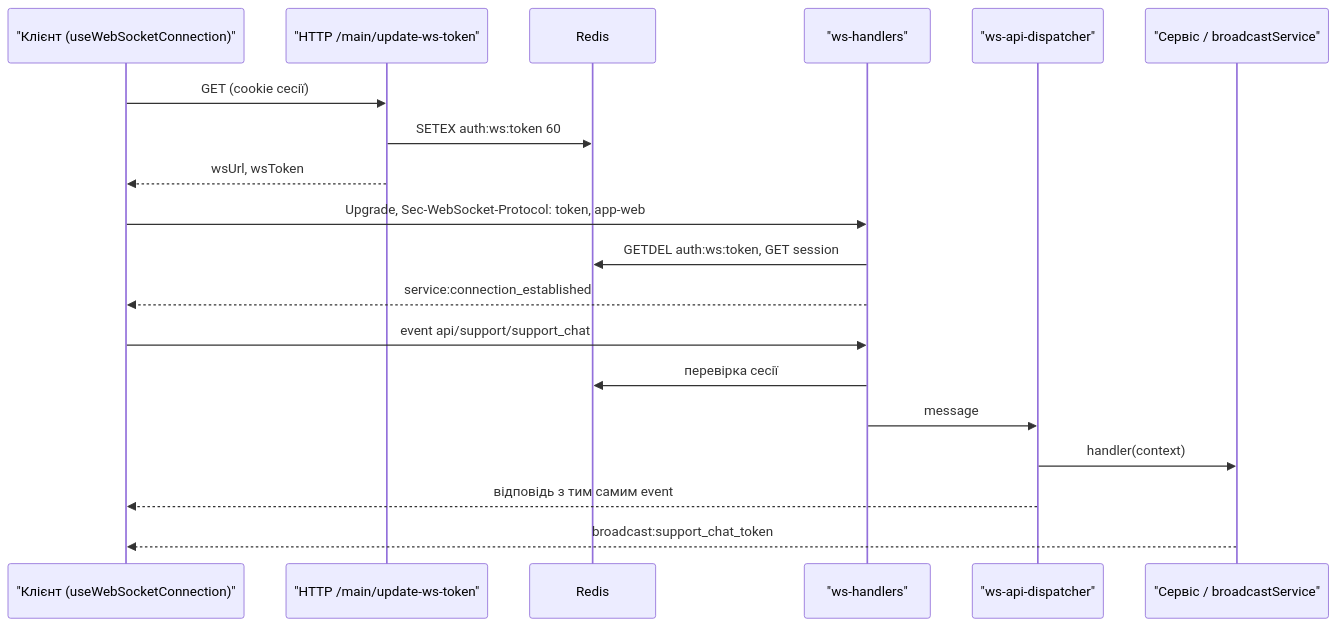
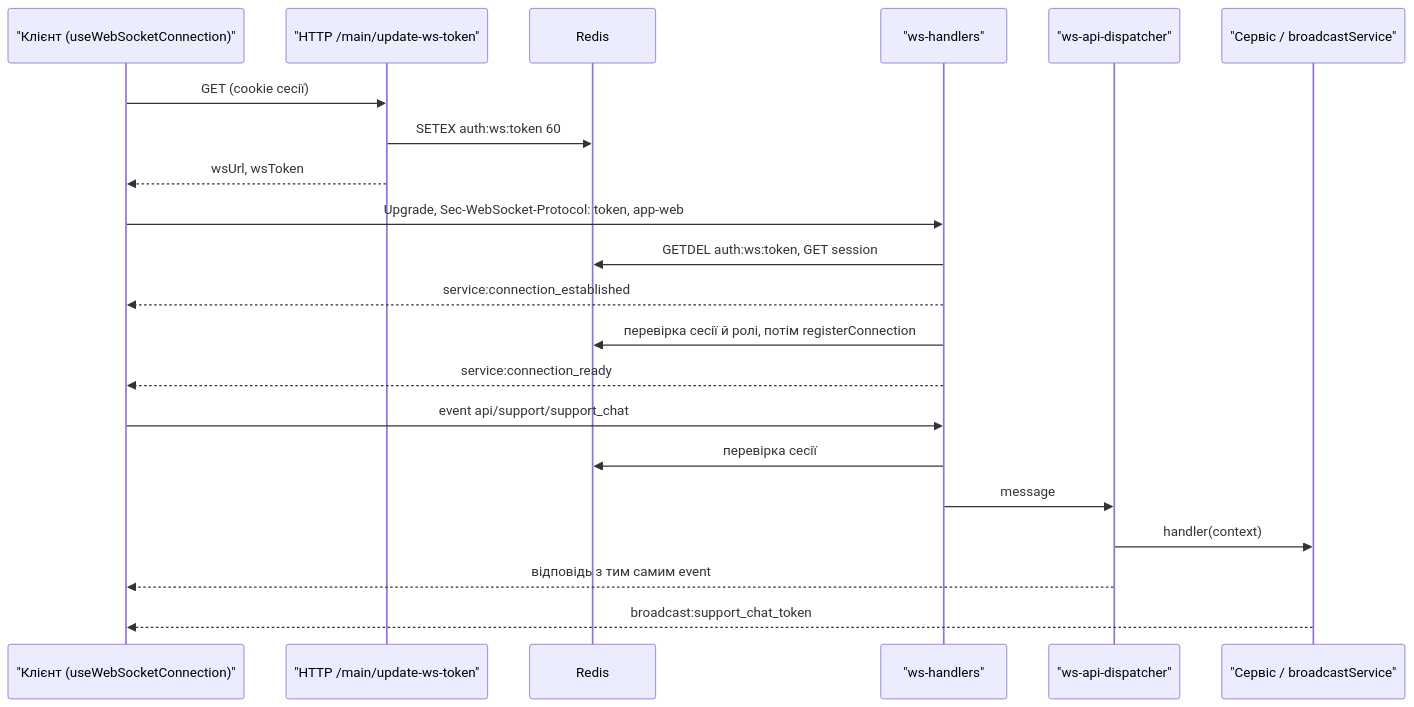
One commit to Blazheiko/vibe-template changed the diagram in documentation/backend/websocket.md. Above: the diagram before and after it, drawn with Mermaid. The commit also changed other lines of this file and 17 other files, not shown here.

First line of the commit message:
Re-read the profile on service:connection_ready, sent after the socket is registered (re-review of #711, item 4)

````diff
--- a/documentation/backend/websocket.md
+++ b/documentation/backend/websocket.md
@@ -376,21 +376,23 @@
 ```mermaid
 sequenceDiagram
   participant C as "Клієнт (useWebSocketConnection)"
   participant H as "HTTP /main/update-ws-token"
   participant R as Redis
   participant W as "ws-handlers"
   participant D as "ws-api-dispatcher"
   participant S as "Сервіс / broadcastService"
   C->>H: GET (cookie сесії)
   H->>R: SETEX auth:ws:token 60
   H-->>C: wsUrl, wsToken
   C->>W: Upgrade, Sec-WebSocket-Protocol: token, app-web
   W->>R: GETDEL auth:ws:token, GET session
   W-->>C: service:connection_established
+  W->>R: перевірка сесії й ролі, потім registerConnection
+  W-->>C: service:connection_ready
   C->>W: event api/support/support_chat
   W->>R: перевірка сесії
   W->>D: message
   D->>S: handler(context)
   D-->>C: відповідь з тим самим event
   S-->>C: broadcast:support_chat_token
 ```
````
